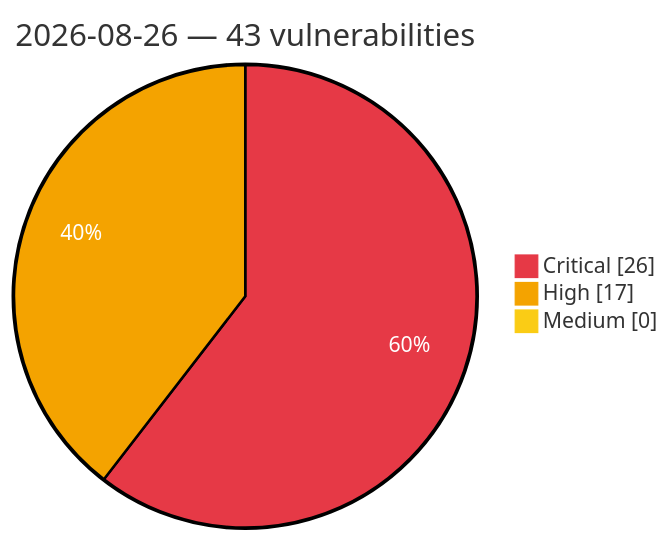
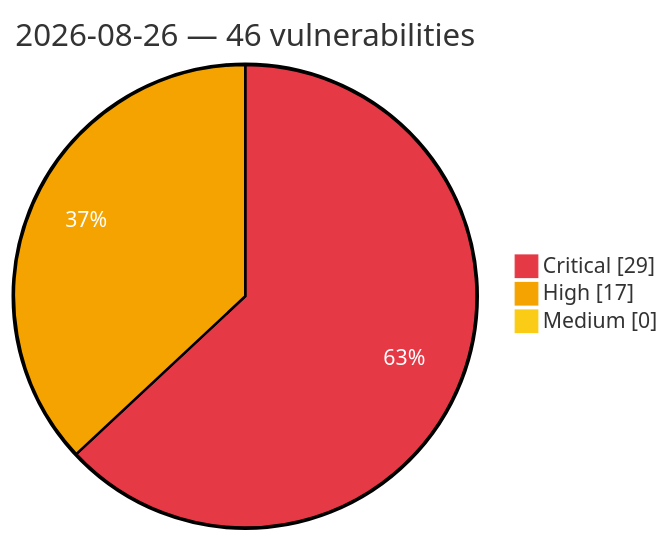
One commit to GhostX0X/vuln-tracker changed the diagram in vulnerabilities/2026/August/2026-08-26.md. Above: the diagram before and after it, drawn with Mermaid. The commit also changed other lines of this file and 5 other files, not shown here.

````diff
--- a/vulnerabilities/2026/August/2026-08-26.md
+++ b/vulnerabilities/2026/August/2026-08-26.md
@@ -3,8 +3,8 @@
 ```mermaid
 %%{init: {'theme':'base', 'themeVariables': {'pie1':'#e63946', 'pie2':'#f4a300', 'pie3':'#facc15', 'pieOpacity':'1', 'pieOuterStrokeWidth':'2px', 'pieSectionTextColor':'#ffffff'}}}%%
 pie showData
-    title 2026-08-26 — 43 vulnerabilities
-    "Critical" : 26
+    title 2026-08-26 — 46 vulnerabilities
+    "Critical" : 29
     "High" : 17
     "Medium" : 0
 ```
````
